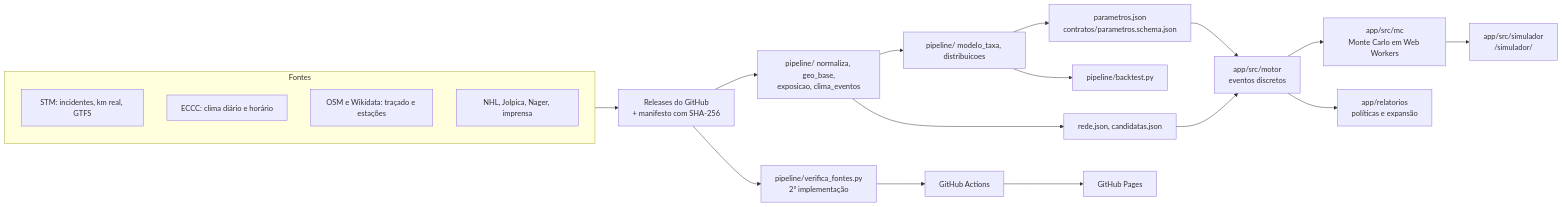
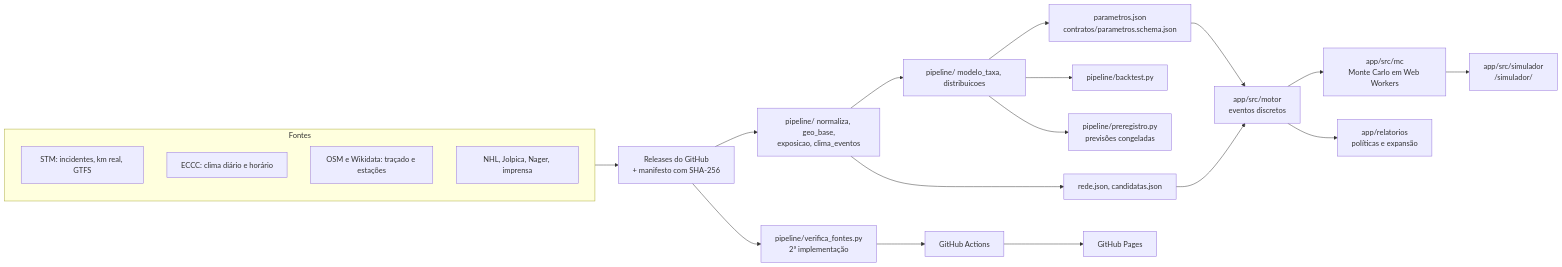
One commit to felipe44776-eseg/confiabilidade-metro-montreal changed the diagram in docs/arquitetura.md. Above: the diagram before and after it, drawn with Mermaid. The commit also changed other lines of this file and 103 other files, not shown here.

````diff
--- a/docs/arquitetura.md
+++ b/docs/arquitetura.md
@@ -7,23 +9,24 @@
 ```mermaid
 flowchart LR
   subgraph Fontes
     STM[STM: incidentes, km real, GTFS]
     ECCC[ECCC: clima diário e horário]
     OSM[OSM e Wikidata: traçado e estações]
     EV[NHL, Jolpica, Nager, imprensa]
   end
   Fontes --> REL[Releases do GitHub<br/>+ manifesto com SHA-256]
   REL --> P1[pipeline/ normaliza, geo_base,<br/>exposicao, clima_eventos]
   P1 --> P2[pipeline/ modelo_taxa, distribuicoes]
   P2 --> C[parametros.json<br/>contratos/parametros.schema.json]
   P1 --> R[rede.json, candidatas.json]
   C --> M[app/src/motor<br/>eventos discretos]
   R --> M
   M --> MC[app/src/mc<br/>Monte Carlo em Web Workers]
   MC --> UI[app/src/simulador<br/>/simulador/]
   M --> RT[app/relatorios<br/>políticas e expansão]
   P2 --> BT[pipeline/backtest.py]
+  P2 --> PR[pipeline/preregistro.py<br/>previsões congeladas]
   REL --> V[pipeline/verifica_fontes.py<br/>2ª implementação]
   V --> CI[GitHub Actions]
   CI --> SITE[GitHub Pages]
 ```
````
